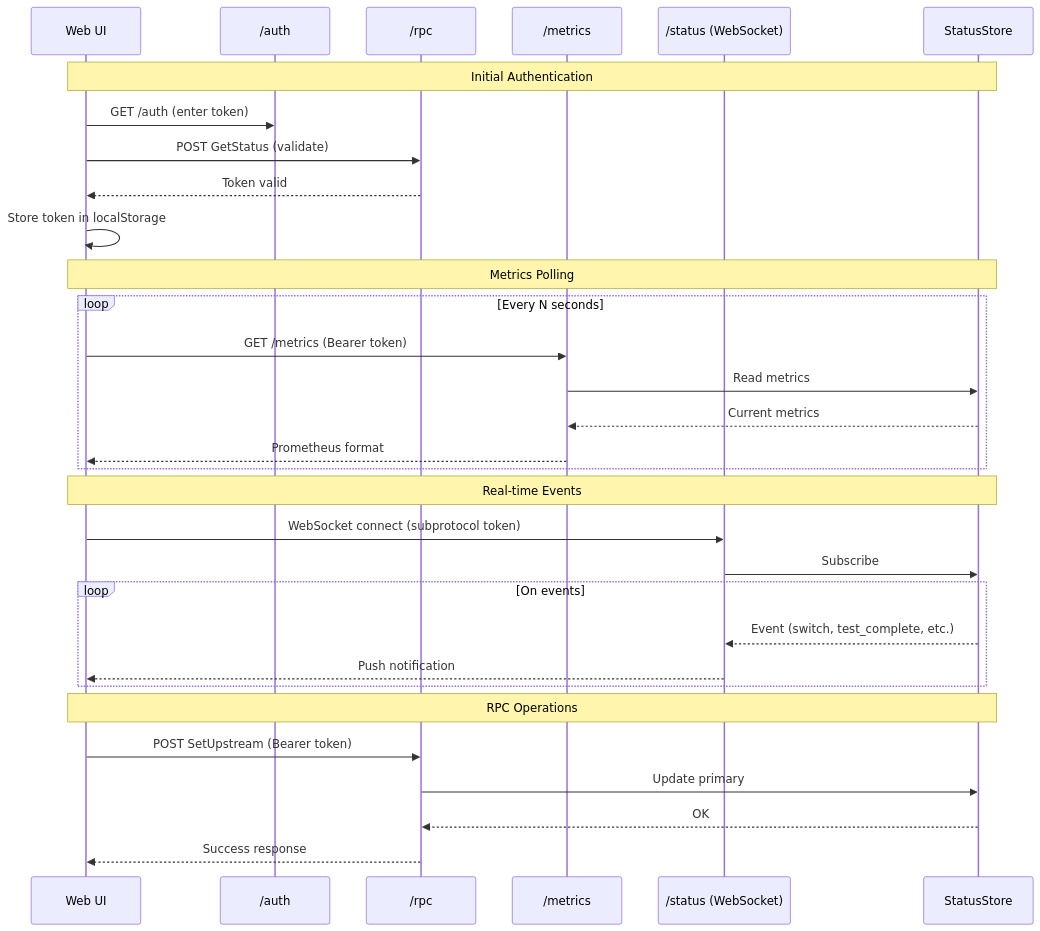
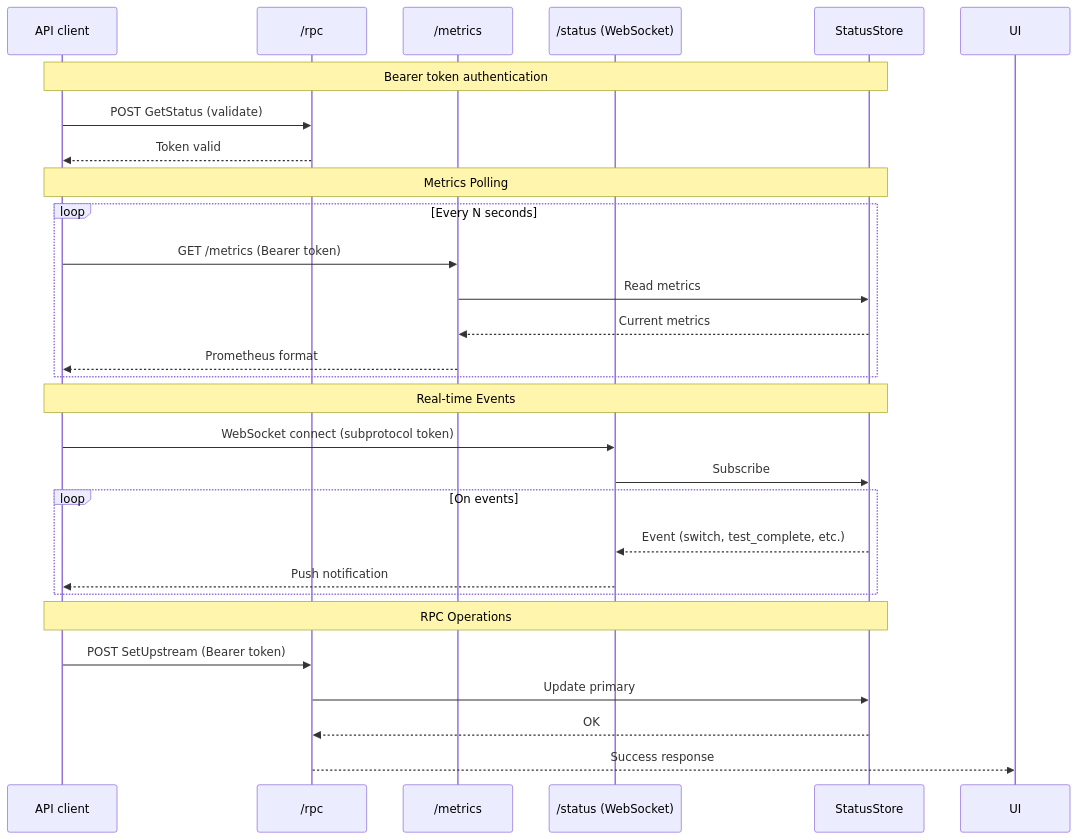
Diagram 14 of 14 in doc/diagrams.md (NodePath81/fbforward), drawn with Mermaid before and after one commit. The commit also changed other lines of this file and 194 other files, not shown here.

````diff
--- a/doc/diagrams.md
+++ b/doc/diagrams.md
@@ -435,37 +425,34 @@
 ```mermaid
 sequenceDiagram
-    participant UI as Web UI
-    participant Auth as /auth
+    participant Client as API client
     participant RPC as /rpc
     participant Metrics as /metrics
     participant WS as /status (WebSocket)
     participant Store as StatusStore
 
-    Note over UI,Store: Initial Authentication
-    UI->>Auth: GET /auth (enter token)
-    UI->>RPC: POST GetStatus (validate)
-    RPC-->>UI: Token valid
-    UI->>UI: Store token in localStorage
+    Note over Client,Store: Bearer token authentication
+    Client->>RPC: POST GetStatus (validate)
+    RPC-->>Client: Token valid
 
-    Note over UI,Store: Metrics Polling
+    Note over Client,Store: Metrics Polling
     loop Every N seconds
-        UI->>Metrics: GET /metrics (Bearer token)
+        Client->>Metrics: GET /metrics (Bearer token)
         Metrics->>Store: Read metrics
         Store-->>Metrics: Current metrics
-        Metrics-->>UI: Prometheus format
+        Metrics-->>Client: Prometheus format
     end
 
-    Note over UI,Store: Real-time Events
-    UI->>WS: WebSocket connect (subprotocol token)
+    Note over Client,Store: Real-time Events
+    Client->>WS: WebSocket connect (subprotocol token)
     WS->>Store: Subscribe
     loop On events
         Store-->>WS: Event (switch, test_complete, etc.)
-        WS-->>UI: Push notification
+        WS-->>Client: Push notification
     end
 
-    Note over UI,Store: RPC Operations
-    UI->>RPC: POST SetUpstream (Bearer token)
+    Note over Client,Store: RPC Operations
+    Client->>RPC: POST SetUpstream (Bearer token)
     RPC->>Store: Update primary
     Store-->>RPC: OK
     RPC-->>UI: Success response
 ```
````
